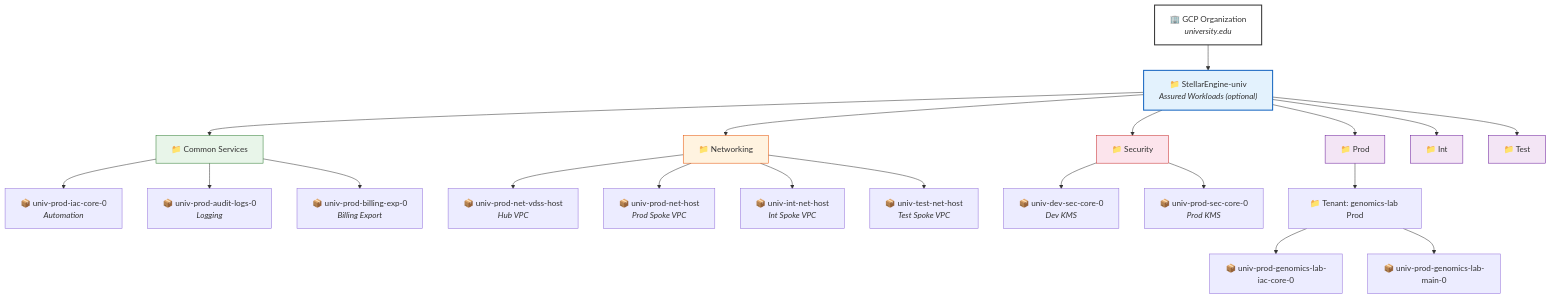
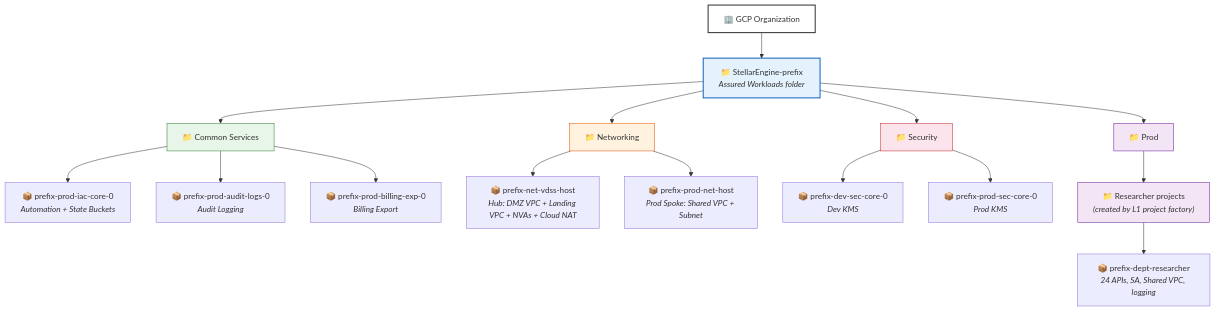
Before and after one commit to WandLZhang/fast-science-0-stellar-engine: the second of 4 diagrams in README.md, drawn with Mermaid. The commit also changed other lines of this file, not shown here.

First line of the commit message:
Update architecture diagrams to reflect deployed state

````diff
--- a/README.md
+++ b/README.md
@@ -61,38 +55,32 @@
 ```mermaid
 graph TB
-    ORG["🏢 GCP Organization<br/><i>university.edu</i>"]
+    ORG["🏢 GCP Organization"]
 
-    ORG --> AW["📁 StellarEngine-univ<br/><i>Assured Workloads (optional)</i>"]
+    ORG --> AW["📁 StellarEngine-prefix<br/><i>Assured Workloads folder</i>"]
 
     AW --> CS["📁 Common Services"]
     AW --> NET["📁 Networking"]
     AW --> SEC["📁 Security"]
     AW --> PROD["📁 Prod"]
-    AW --> INT["📁 Int"]
-    AW --> TEST["📁 Test"]
 
-    CS --> P1["📦 univ-prod-iac-core-0<br/><i>Automation</i>"]
-    CS --> P2["📦 univ-prod-audit-logs-0<br/><i>Logging</i>"]
-    CS --> P3["📦 univ-prod-billing-exp-0<br/><i>Billing Export</i>"]
+    CS --> P1["📦 prefix-prod-iac-core-0<br/><i>Automation + State Buckets</i>"]
+    CS --> P2["📦 prefix-prod-audit-logs-0<br/><i>Audit Logging</i>"]
+    CS --> P3["📦 prefix-prod-billing-exp-0<br/><i>Billing Export</i>"]
 
-    NET --> P4["📦 univ-prod-net-vdss-host<br/><i>Hub VPC</i>"]
-    NET --> P5["📦 univ-prod-net-host<br/><i>Prod Spoke VPC</i>"]
-    NET --> P6["📦 univ-int-net-host<br/><i>Int Spoke VPC</i>"]
-    NET --> P7["📦 univ-test-net-host<br/><i>Test Spoke VPC</i>"]
+    NET --> P4["📦 prefix-net-vdss-host<br/><i>Hub: DMZ VPC + Landing VPC + NVAs + Cloud NAT</i>"]
+    NET --> P5["📦 prefix-prod-net-host<br/><i>Prod Spoke: Shared VPC + Subnet</i>"]
 
-    SEC --> P8["📦 univ-dev-sec-core-0<br/><i>Dev KMS</i>"]
-    SEC --> P9["📦 univ-prod-sec-core-0<br/><i>Prod KMS</i>"]
+    SEC --> P8["📦 prefix-dev-sec-core-0<br/><i>Dev KMS</i>"]
+    SEC --> P9["📦 prefix-prod-sec-core-0<br/><i>Prod KMS</i>"]
 
-    PROD --> T1P["📁 Tenant: genomics-lab Prod"]
-    T1P --> T1PI["📦 univ-prod-genomics-lab-iac-core-0"]
-    T1P --> T1PM["📦 univ-prod-genomics-lab-main-0"]
+    PROD --> L1["📁 Researcher projects<br/><i>(created by L1 project factory)</i>"]
+    L1 --> RP["📦 prefix-dept-researcher<br/><i>24 APIs, SA, Shared VPC, logging</i>"]
 
     style ORG fill:#fff,stroke:#333,stroke-width:2px
     style AW fill:#e3f2fd,stroke:#1565c0,stroke-width:2px
     style CS fill:#e8f5e9,stroke:#2e7d32
     style NET fill:#fff3e0,stroke:#e65100
     style SEC fill:#fce4ec,stroke:#c62828
     style PROD fill:#f3e5f5,stroke:#6a1b9a
-    style INT fill:#f3e5f5,stroke:#6a1b9a
-    style TEST fill:#f3e5f5,stroke:#6a1b9a
+    style L1 fill:#f3e5f5,stroke:#6a1b9a
 ```
````
